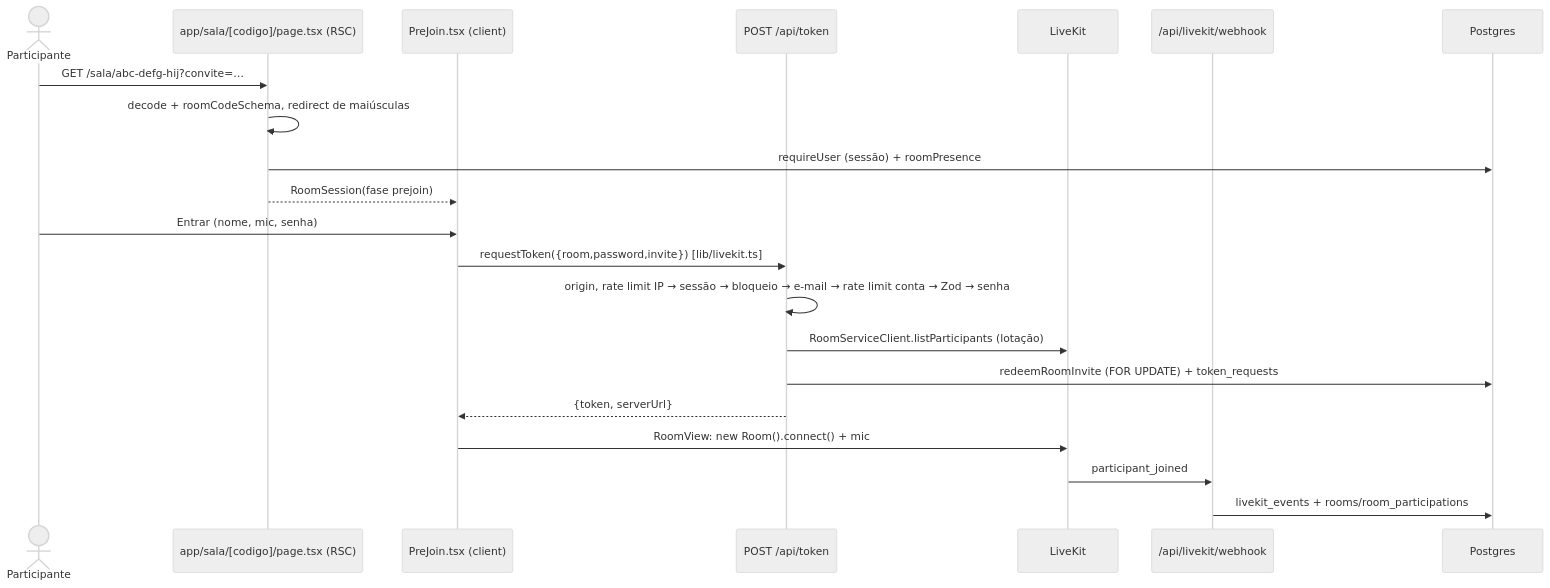
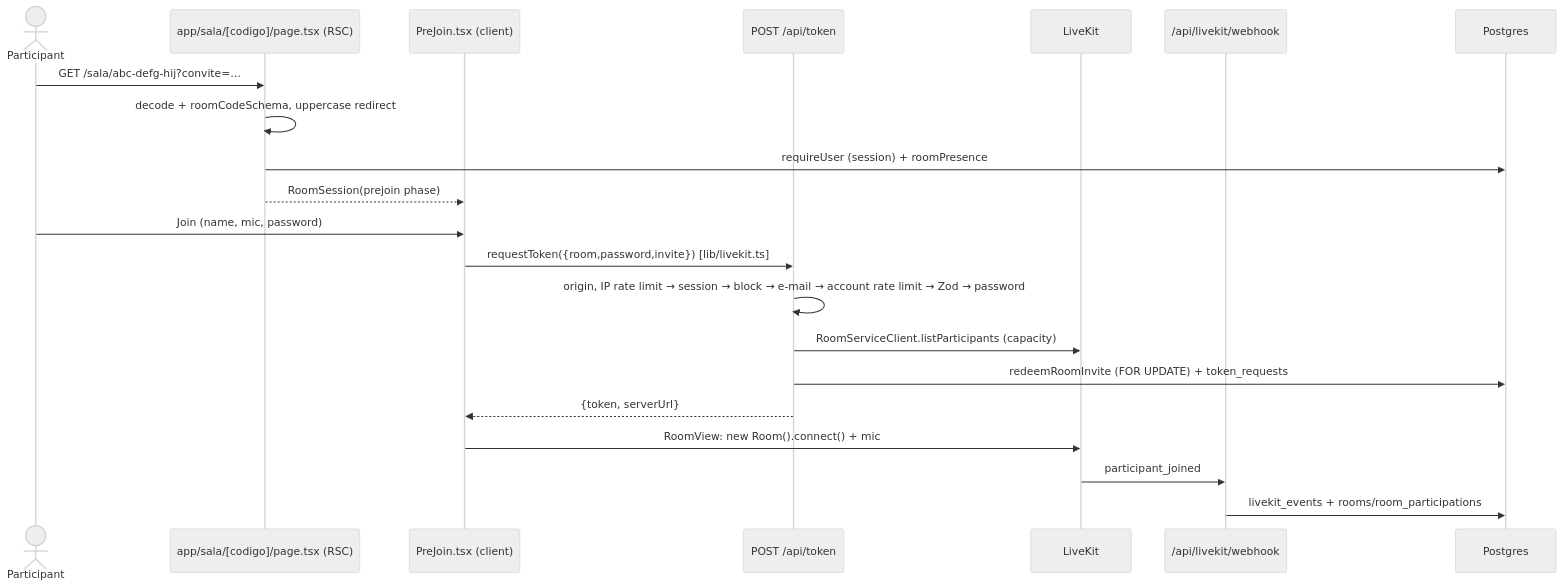
One commit to HanielCota/NelcotaScreenShare changed the second of 2 diagrams in docs/archive/refactor/01-inventory.md. Above: the diagram before and after it, drawn with Mermaid (neutral theme). The commit also changed other lines of this file and 18 other files, not shown here.

````diff
--- a/docs/archive/refactor/01-inventory.md
+++ b/docs/archive/refactor/01-inventory.md
@@ -166,23 +166,23 @@
 ```mermaid
 sequenceDiagram
-  actor P as Participante
+  actor P as Participant
   participant Pg as app/sala/[codigo]/page.tsx (RSC)
   participant PJ as PreJoin.tsx (client)
   participant T as POST /api/token
   participant LK as LiveKit
   participant WH as /api/livekit/webhook
   participant DB as Postgres
   P->>Pg: GET /sala/abc-defg-hij?convite=…
-  Pg->>Pg: decode + roomCodeSchema, redirect de maiúsculas
-  Pg->>DB: requireUser (sessão) + roomPresence
-  Pg-->>PJ: RoomSession(fase prejoin)
-  P->>PJ: Entrar (nome, mic, senha)
+  Pg->>Pg: decode + roomCodeSchema, uppercase redirect
+  Pg->>DB: requireUser (session) + roomPresence
+  Pg-->>PJ: RoomSession(prejoin phase)
+  P->>PJ: Join (name, mic, password)
   PJ->>T: requestToken({room,password,invite}) [lib/livekit.ts]
-  T->>T: origin, rate limit IP → sessão → bloqueio → e-mail → rate limit conta → Zod → senha
-  T->>LK: RoomServiceClient.listParticipants (lotação)
+  T->>T: origin, IP rate limit → session → block → e-mail → account rate limit → Zod → password
+  T->>LK: RoomServiceClient.listParticipants (capacity)
   T->>DB: redeemRoomInvite (FOR UPDATE) + token_requests
   T-->>PJ: {token, serverUrl}
   PJ->>LK: RoomView: new Room().connect() + mic
   LK->>WH: participant_joined
   WH->>DB: livekit_events + rooms/room_participations
 ```
````
